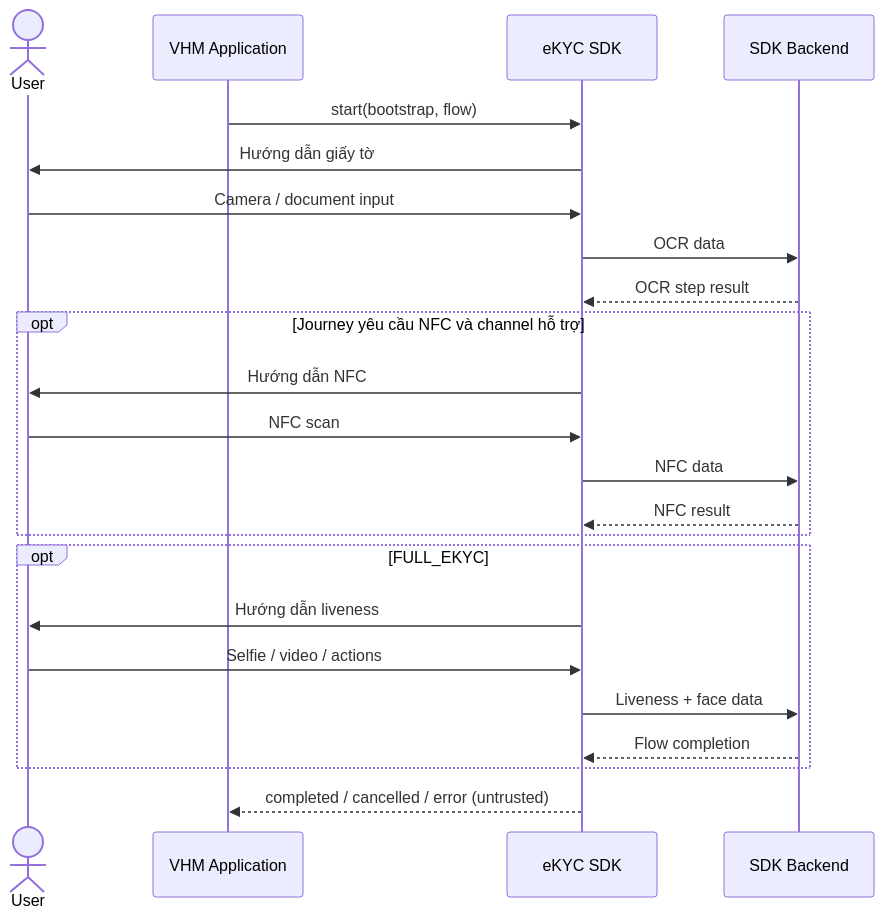
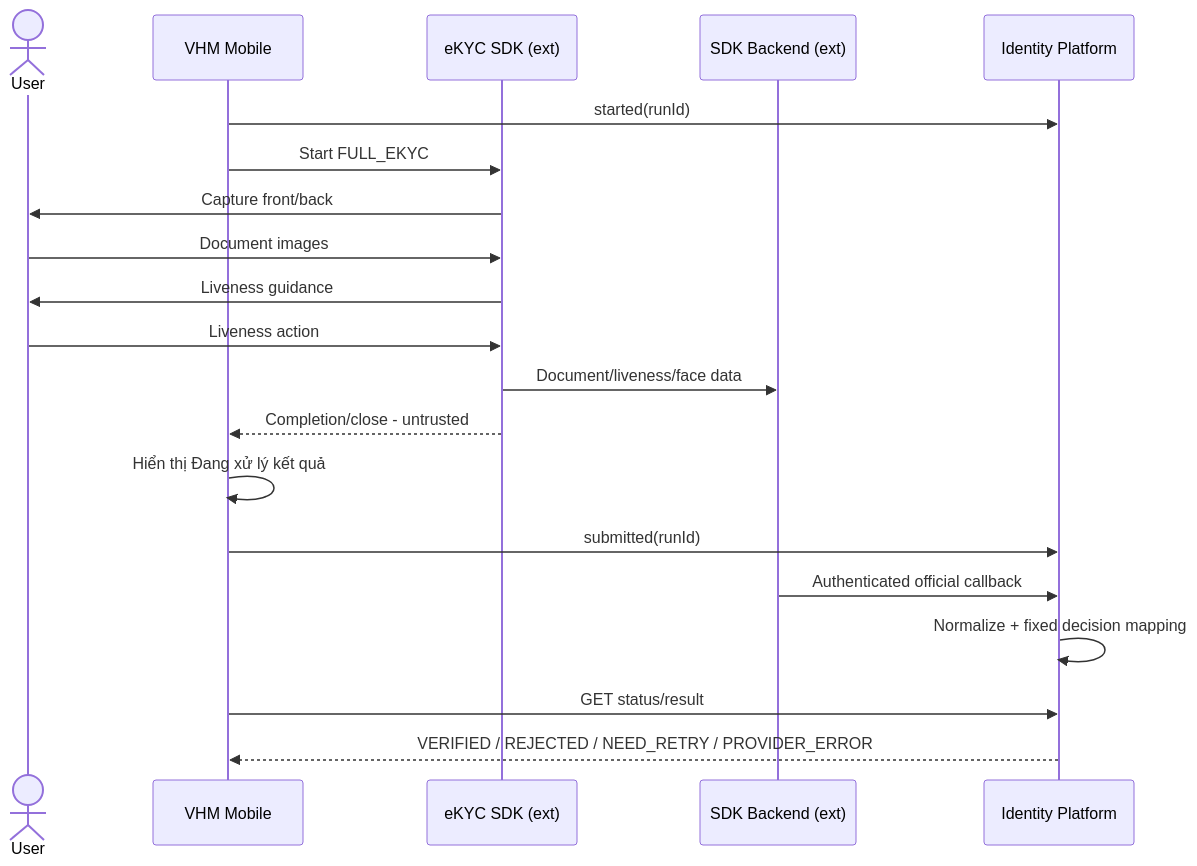
Diagram 15 of 23 in README.md (huynv-xyz/vhm), drawn with Mermaid before and after one commit. The commit also changed other lines of this file, not shown here.

````diff
--- a/README.md
+++ b/README.md
@@ -2019,25 +1803,22 @@
 ```mermaid
 sequenceDiagram
     actor User
-    participant APP as VHM Application
-    participant SDK as eKYC SDK
-    participant PROVIDER as SDK Backend
-    APP->>SDK: start(bootstrap, flow)
-    SDK->>User: Hướng dẫn giấy tờ
-    User->>SDK: Camera / document input
-    SDK->>PROVIDER: OCR data
-    PROVIDER-->>SDK: OCR step result
-    opt Journey yêu cầu NFC và channel hỗ trợ
-        SDK->>User: Hướng dẫn NFC
-        User->>SDK: NFC scan
-        SDK->>PROVIDER: NFC data
-        PROVIDER-->>SDK: NFC result
-    end
-    opt FULL_EKYC
-        SDK->>User: Hướng dẫn liveness
-        User->>SDK: Selfie / video / actions
-        SDK->>PROVIDER: Liveness + face data
-        PROVIDER-->>SDK: Flow completion
-    end
-    SDK-->>APP: completed / cancelled / error (untrusted)
+    participant APP as VHM Mobile
+    participant SDK as eKYC SDK (ext)
+    participant BACKEND as SDK Backend (ext)
+    participant IV as Identity Platform
+    APP->>IV: started(runId)
+    APP->>SDK: Start FULL_EKYC
+    SDK->>User: Capture front/back
+    User->>SDK: Document images
+    SDK->>User: Liveness guidance
+    User->>SDK: Liveness action
+    SDK->>BACKEND: Document/liveness/face data
+    SDK-->>APP: Completion/close - untrusted
+    APP->>APP: Hiển thị Đang xử lý kết quả
+    APP->>IV: submitted(runId)
+    BACKEND->>IV: Authenticated official callback
+    IV->>IV: Normalize + fixed decision mapping
+    APP->>IV: GET status/result
+    IV-->>APP: VERIFIED / REJECTED / NEED_RETRY / PROVIDER_ERROR
 ```
````
